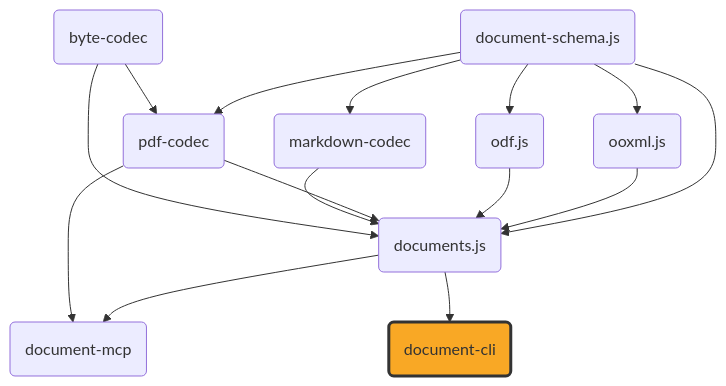
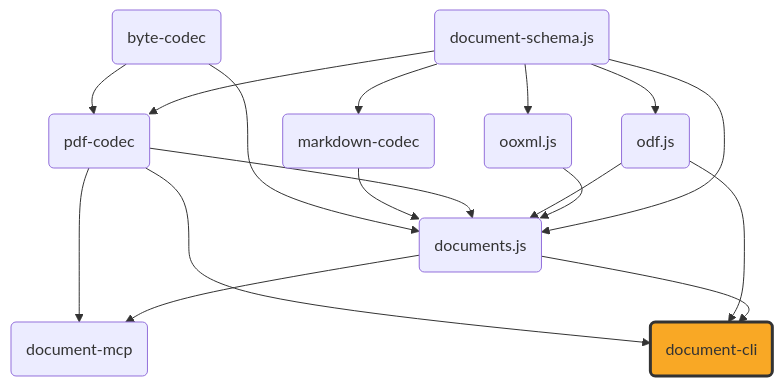
Before and after one commit to ExaDev/document-cli: the diagram in README.md, drawn with Mermaid.

Commit message:
docs: add missing odf.js and pdf-codec devDependency edges to dependency diagram

````diff
--- a/README.md
+++ b/README.md
@@ -9,39 +9,41 @@
 ```mermaid
 graph TD
     schema("document-schema.js")
     ooxml("ooxml.js")
     odf("odf.js")
     pdfcodec("pdf-codec")
     mdcodec("markdown-codec")
     bytecodec("byte-codec")
     documents("documents.js")
     mcp("document-mcp")
     cli("document-cli")
 
     schema --> ooxml
     schema --> odf
     schema --> pdfcodec
     schema --> mdcodec
     schema --> documents
     ooxml --> documents
     odf --> documents
     pdfcodec --> documents
     mdcodec --> documents
     bytecodec --> pdfcodec
     bytecodec --> documents
     documents --> mcp
     pdfcodec --> mcp
     documents --> cli
+    odf --> cli
+    pdfcodec --> cli
 
     click schema "https://github.com/ExaDev/document-schema.js" "document-schema.js"
     click ooxml "https://github.com/ExaDev/ooxml.js" "ooxml.js"
     click odf "https://github.com/ExaDev/odf.js" "odf.js"
     click pdfcodec "https://github.com/ExaDev/pdf-codec" "pdf-codec"
     click mdcodec "https://github.com/ExaDev/markdown-codec" "markdown-codec"
     click bytecodec "https://github.com/ExaDev/byte-codec" "byte-codec"
     click documents "https://github.com/ExaDev/documents.js" "documents.js"
     click mcp "https://github.com/ExaDev/document-mcp" "document-mcp"
     click cli "https://github.com/ExaDev/document-cli" "document-cli"
 
     style cli fill:#f9a825,stroke:#333,stroke-width:3px
 ```
````
